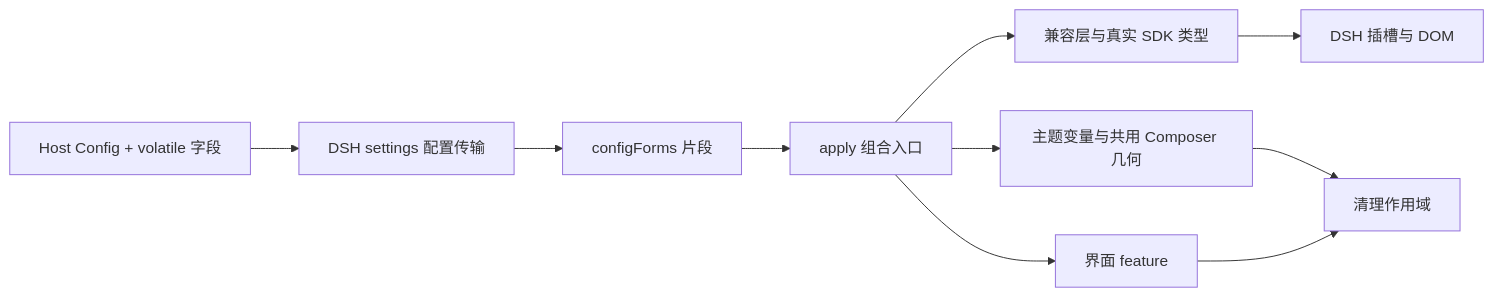
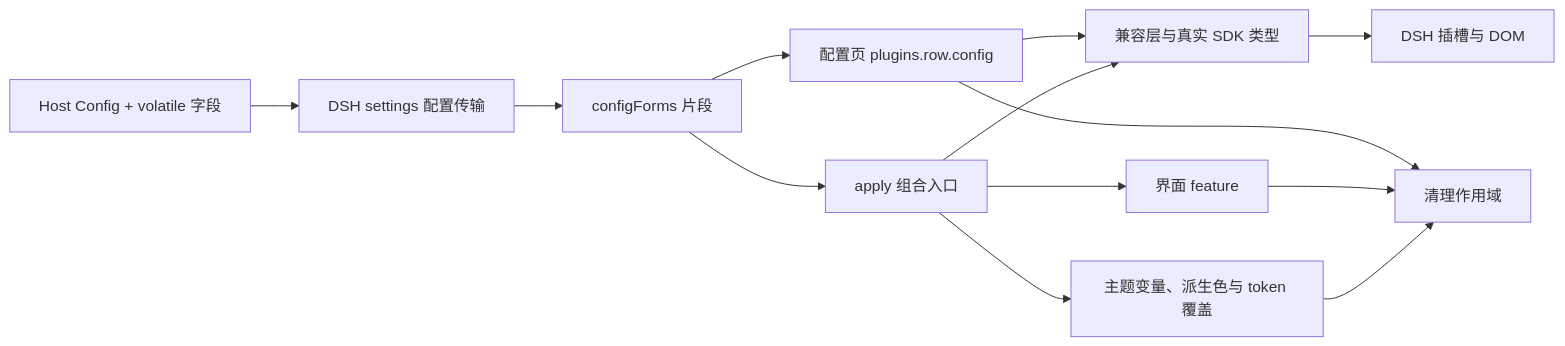
The diagram in ARCHITECTURE.md (zkforge/dsh-ccd-style), drawn with Mermaid before and after one commit. The commit also changed other lines of this file and 62 other files, not shown here.

````diff
--- a/ARCHITECTURE.md
+++ b/ARCHITECTURE.md
@@ -7,12 +7,15 @@
 ```mermaid
 flowchart LR
   H[Host Config + volatile 字段] --> S[DSH settings 配置传输]
   S --> C[configForms 片段]
   C --> A[apply 组合入口]
+  C --> G[配置页 plugins.row.config]
   A --> P[兼容层与真实 SDK 类型]
-  A --> T[主题变量与共用 Composer 几何]
+  A --> T[主题变量、派生色与 token 覆盖]
   A --> F[界面 feature]
+  G --> P
   P --> D[DSH 插槽与 DOM]
   T --> R[清理作用域]
   F --> R
+  G --> R
 ```
````
